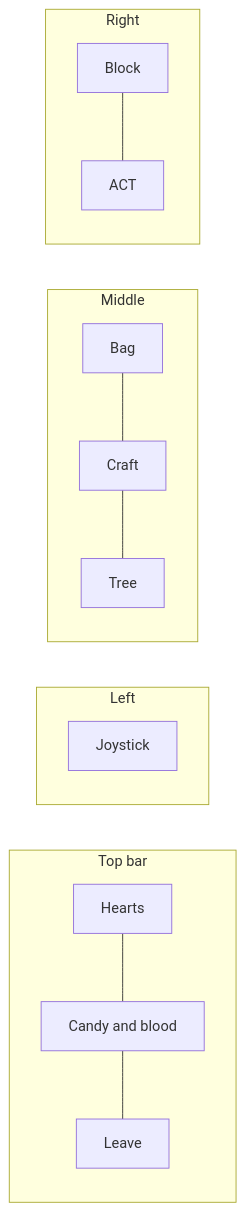
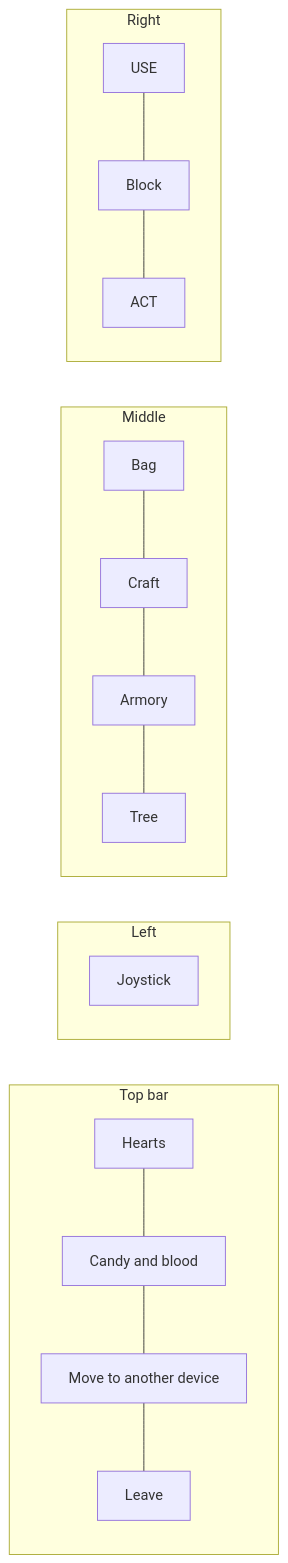
One commit to andyruwruw/grave-robbers changed the diagram in docs/phone.md. Above: the diagram before and after it, drawn with Mermaid. The commit also changed other lines of this file and 772 other files, not shown here.

````diff
--- a/docs/phone.md
+++ b/docs/phone.md
@@ -7,15 +7,15 @@
 ```mermaid
 flowchart LR
   subgraph Top[Top bar]
-    Hearts --- Counters[Candy and blood] --- Leave
+    Hearts --- Counters[Candy and blood] --- Move[Move to another device] --- Leave
   end
   subgraph Left
     Joystick
   end
   subgraph Middle
-    Bag --- Craft --- Tree
+    Bag --- Craft --- Armory --- Tree
   end
   subgraph Right
-    Block --- ACT
+    USE --- Block --- ACT
   end
 ```
````
